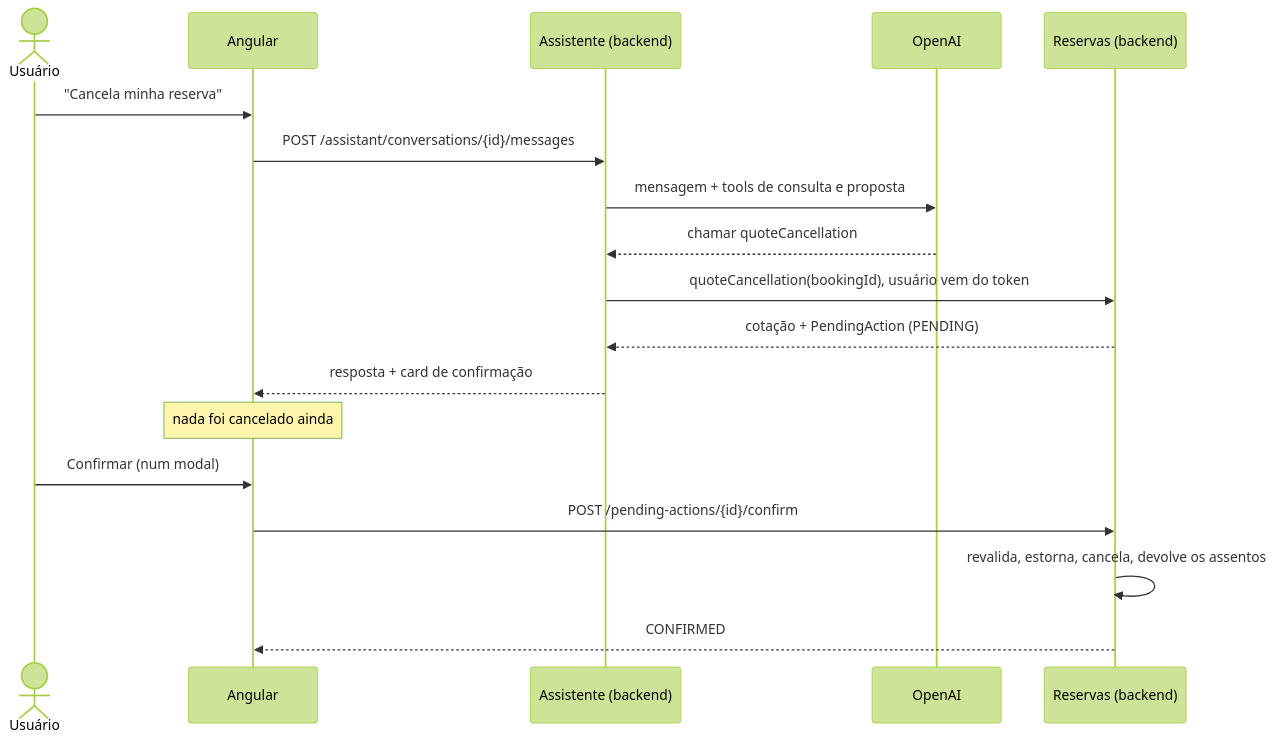
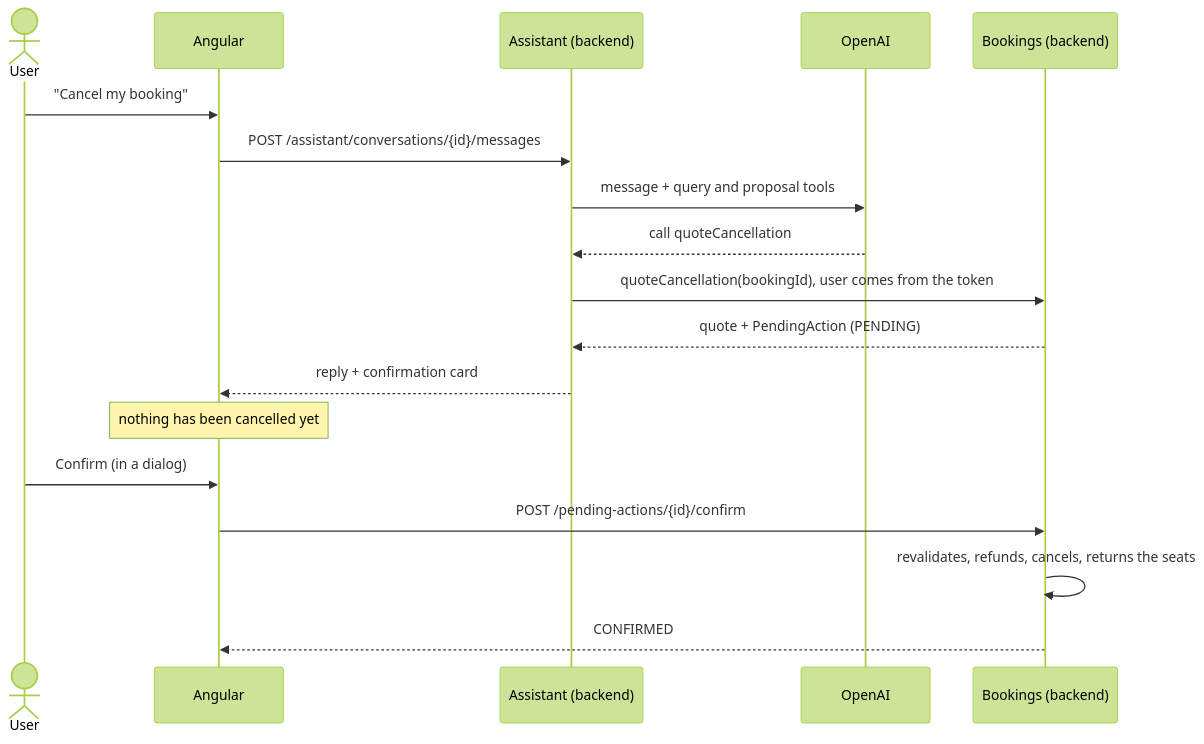
Before and after one commit to Phsouzaro/atlas-flight-booking-service: the first of 3 diagrams in README.md, drawn with Mermaid (forest theme). The commit also changed other lines of this file and 33 other files, not shown here.

````diff
--- a/README.md
+++ b/README.md
@@ -35,21 +66,21 @@
 ```mermaid
 sequenceDiagram
-    actor U as Usuário
+    actor U as User
     participant UI as Angular
-    participant A as Assistente (backend)
+    participant A as Assistant (backend)
     participant M as OpenAI
-    participant B as Reservas (backend)
+    participant B as Bookings (backend)
 
-    U->>UI: "Cancela minha reserva"
+    U->>UI: "Cancel my booking"
     UI->>A: POST /assistant/conversations/{id}/messages
-    A->>M: mensagem + tools de consulta e proposta
-    M-->>A: chamar quoteCancellation
-    A->>B: quoteCancellation(bookingId), usuário vem do token
-    B-->>A: cotação + PendingAction (PENDING)
-    A-->>UI: resposta + card de confirmação
-    Note over UI: nada foi cancelado ainda
-    U->>UI: Confirmar (num modal)
+    A->>M: message + query and proposal tools
+    M-->>A: call quoteCancellation
+    A->>B: quoteCancellation(bookingId), user comes from the token
+    B-->>A: quote + PendingAction (PENDING)
+    A-->>UI: reply + confirmation card
+    Note over UI: nothing has been cancelled yet
+    U->>UI: Confirm (in a dialog)
     UI->>B: POST /pending-actions/{id}/confirm
-    B->>B: revalida, estorna, cancela, devolve os assentos
+    B->>B: revalidates, refunds, cancels, returns the seats
     B-->>UI: CONFIRMED
 ```
````
